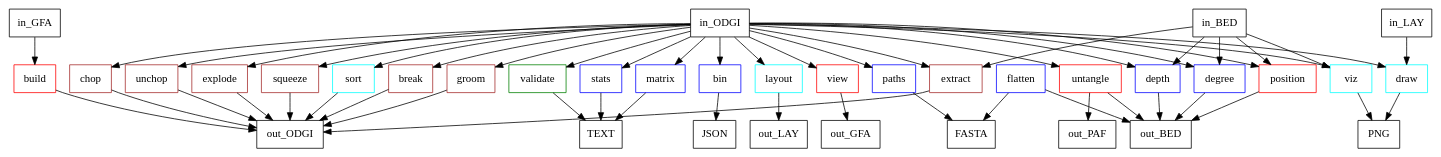
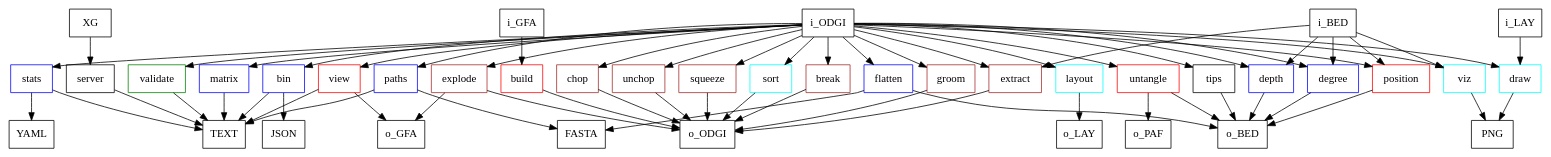
One commit to pangenome/odgi-paper changed the diagram in manuscript/fig/odgi_tools.dot. Above: the diagram before and after it, drawn with Graphviz.

Commit message:
update dot

```diff
--- a/manuscript/fig/odgi_tools.dot
+++ b/manuscript/fig/odgi_tools.dot
@@ -1,67 +1,74 @@
 digraph sample {
 	node [
 		shape=box
 		color=black
 	]
 
 	build [color = red]
 	view [color = red]
 
 	validate [color = green]
 
 	stats [color = blue]
 	bin [color = blue]
 	depth [color = blue]
 	degree [color = blue]
   	matrix [color = blue]
     paths [color = blue]
     flatten [color = blue]
 
     break [color = brown]
 	groom [color = brown]
 	chop [color = brown]
 	unchop [color = brown]
 	explode [color = brown]
 	squeeze [color = brown]
 	extract [color = brown]
 
 	position [color = red]
     untangle [color = red]
 
 	viz [color = cyan]
 	sort [color = cyan]
 	layout [color = cyan]
 	draw [color = cyan]
 
-	in_GFA -> build
-	in_ODGI -> {view, validate, stats, bin, depth, degree, break, groom, chop, unchop, explode, squeeze, extract, position, viz, sort, layout, draw, untangle, matrix, paths}
-	in_BED -> {depth, degree, extract, position, viz}
-    in_LAY -> {draw}
+	i_GFA -> build
+	i_ODGI -> {view, validate, stats, bin, depth, degree, flatten, break, groom, chop, unchop, explode, squeeze, extract, position, viz, sort, layout, draw, untangle, matrix, paths, tips}
+	i_BED -> {depth, degree, extract, position, viz}
+    i_LAY -> {draw}
+    XG -> {server}
 
-	build -> out_ODGI
-	view ->  out_GFA
+	build -> o_ODGI
+	view ->  o_GFA
+	view ->  TEXT
 	validate -> TEXT
 	stats -> TEXT
+	stats -> YAML
     matrix -> TEXT
     paths -> FASTA
+    paths -> TEXT
 	bin -> JSON
-	depth -> out_BED
-	degree -> out_BED
-    flatten -> out_BED
+	bin -> TEXT
+	depth -> o_BED
+	degree -> o_BED
+    flatten -> o_BED
     flatten -> FASTA
-	break -> out_ODGI
-	groom -> out_ODGI
-	chop -> out_ODGI
-	unchop -> out_ODGI
-	explode -> out_ODGI
-	squeeze -> out_ODGI
-	extract -> out_ODGI
-	position -> out_BED
+	break -> o_ODGI
+	groom -> o_ODGI
+	chop -> o_ODGI
+	unchop -> o_ODGI
+	explode -> o_ODGI
+	explode -> o_GFA
+	squeeze -> o_ODGI
+	extract -> o_ODGI
+	position -> o_BED
 	viz -> PNG
-	sort -> out_ODGI
-	layout -> out_LAY
+	sort -> o_ODGI
+	layout -> o_LAY
 	draw -> PNG
-    untangle -> out_BED
-    untangle -> out_PAF
-
+    untangle -> o_BED
+    untangle -> o_PAF
+    tips -> o_BED
+    server -> TEXT
 }
```
